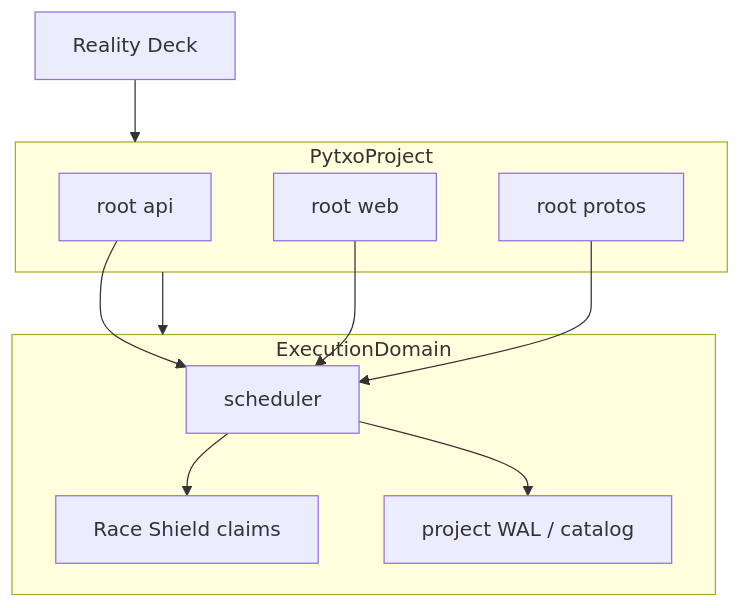
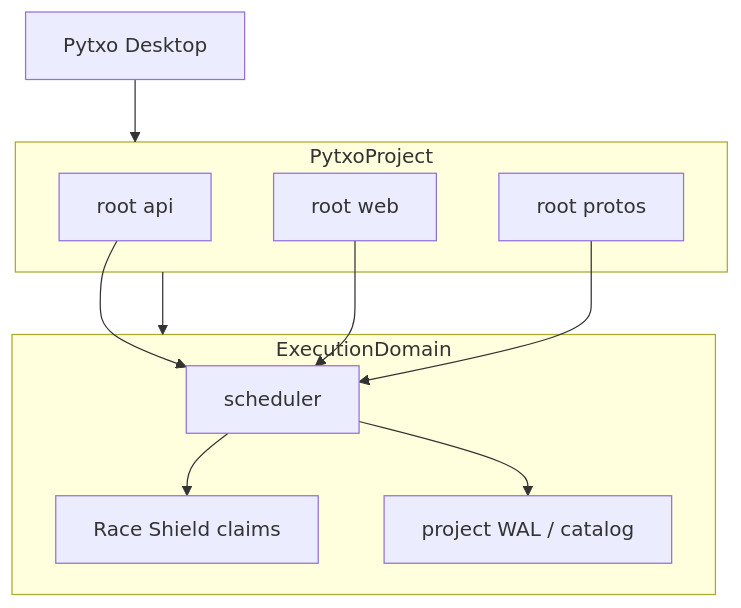
Before and after one commit to Pytxo-dev/pytxo: the diagram in apps/web/content/docs/modular-projects.md, drawn with Mermaid. The commit also changed other lines of this file and 233 other files, not shown here.

First line of the commit message:
Preserve current working tree for Pytxo Desktop 2.0

````diff
--- a/apps/web/content/docs/modular-projects.md
+++ b/apps/web/content/docs/modular-projects.md
@@ -94,20 +96,20 @@
 ```mermaid
 flowchart TB
   subgraph project [PytxoProject]
     R1[root api]
     R2[root web]
     R3[root protos]
   end
   subgraph domain [ExecutionDomain]
     Sched[scheduler]
     RS[Race Shield claims]
     WAL[project WAL / catalog]
   end
-  Deck[Reality Deck] --> project
+  Deck[Pytxo Desktop] --> project
   project --> domain
   R1 --> Sched
   R2 --> Sched
   R3 --> Sched
   Sched --> RS
   Sched --> WAL
 ```
````
